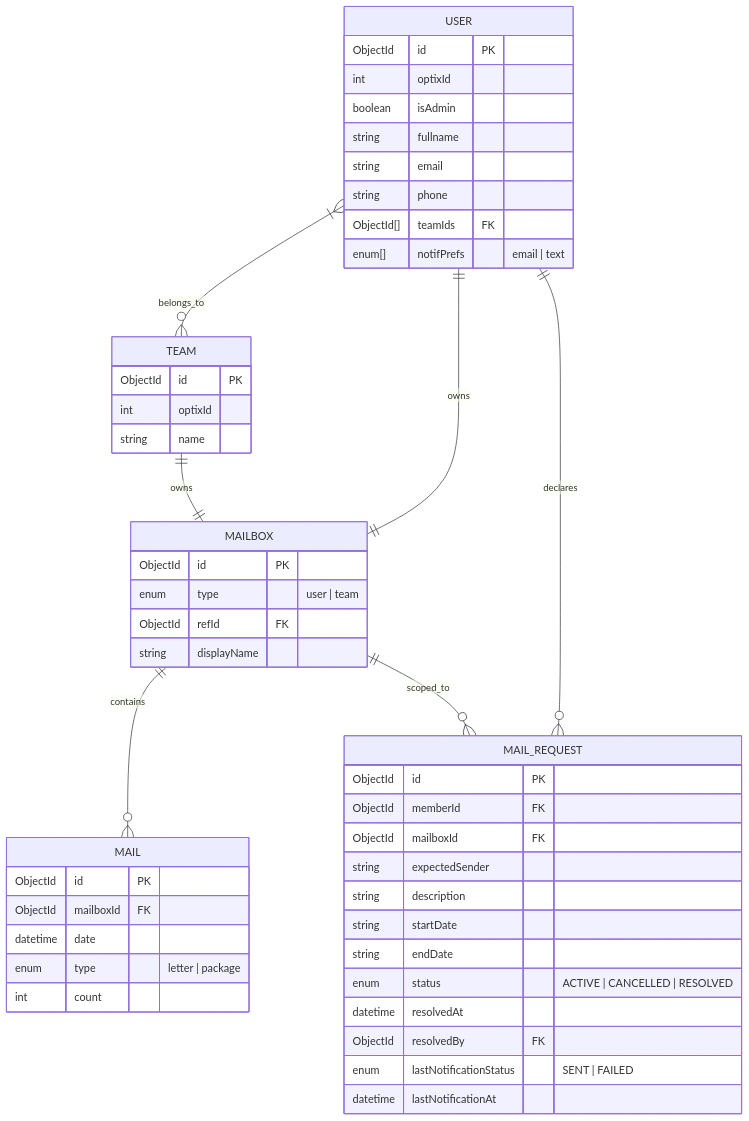
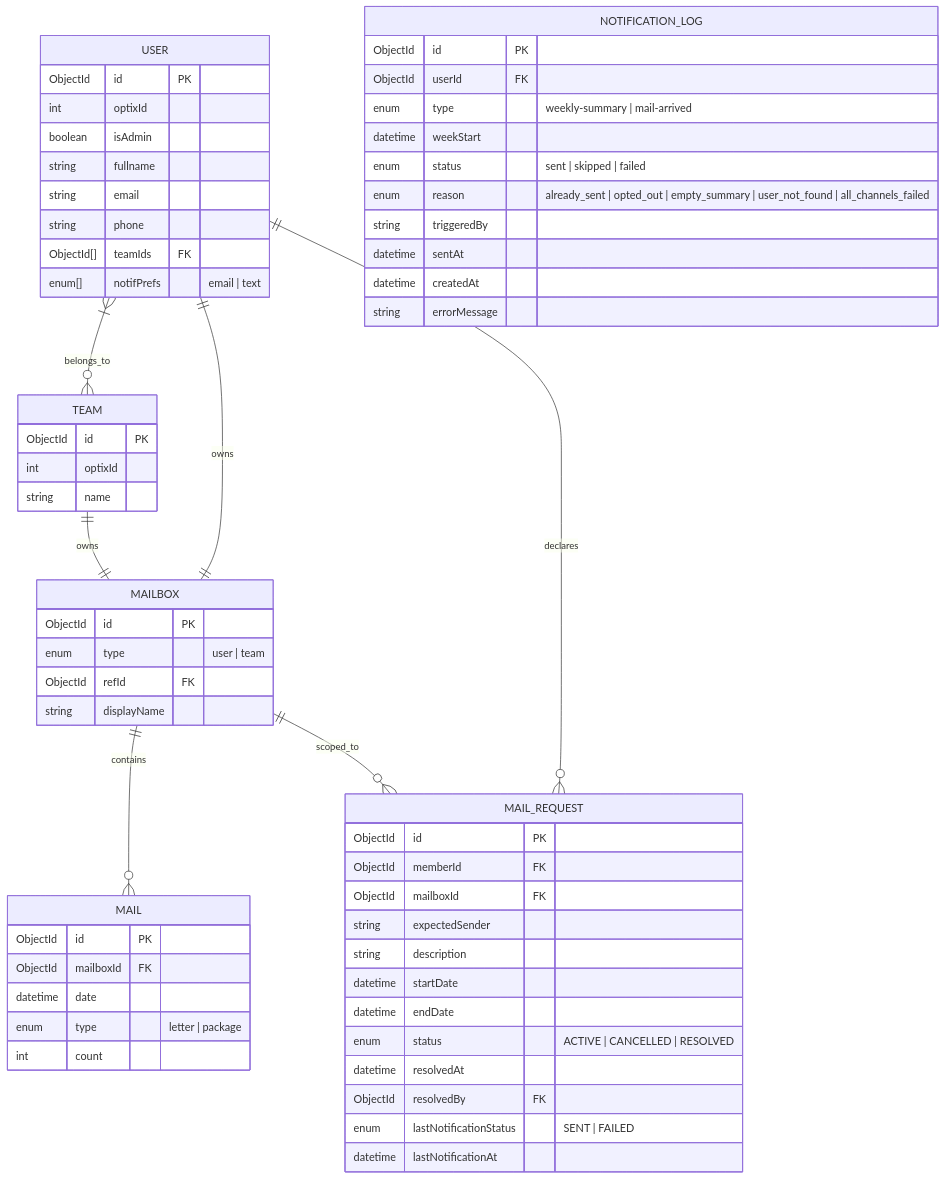
The diagram in docs/01-architecture/diagrams/data-model.mmd (CMU-413/avenu), drawn with Mermaid before and after one commit. The commit also changed 9 other files, not shown here.

Commit message:
docs: update docs + diagrams to latest design

```diff
--- a/docs/01-architecture/diagrams/data-model.mmd
+++ b/docs/01-architecture/diagrams/data-model.mmd
@@ -1,58 +1,71 @@
 erDiagram
 
     USER {
         ObjectId id PK
         int optixId
         boolean isAdmin
         string fullname
         string email
         string phone
         ObjectId[] teamIds FK
         enum[] notifPrefs "email | text"
     }
 
     TEAM {
         ObjectId id PK
         int optixId
         string name
     }
 
     MAILBOX {
         ObjectId id PK
         enum type "user | team"
         ObjectId refId FK
         string displayName
     }
 
     MAIL {
         ObjectId id PK
         ObjectId mailboxId FK
         datetime date
         enum type "letter | package"
         int count
     }
 
     MAIL_REQUEST {
         ObjectId id PK
         ObjectId memberId FK
         ObjectId mailboxId FK
         string expectedSender
         string description
-        string startDate
-        string endDate
+        datetime startDate
+        datetime endDate
         enum status "ACTIVE | CANCELLED | RESOLVED"
         datetime resolvedAt
         ObjectId resolvedBy FK
         enum lastNotificationStatus "SENT | FAILED"
         datetime lastNotificationAt
+    }
+
+    NOTIFICATION_LOG {
+        ObjectId id PK
+        ObjectId userId FK
+        enum type "weekly-summary | mail-arrived"
+        datetime weekStart
+        enum status "sent | skipped | failed"
+        enum reason "already_sent | opted_out | empty_summary | user_not_found | all_channels_failed"
+        string triggeredBy
+        datetime sentAt
+        datetime createdAt
+        string errorMessage
     }
 
     %% Relationships
     USER }|--o{ TEAM : belongs_to
 
     USER ||--|| MAILBOX : owns
     TEAM ||--|| MAILBOX : owns
 
     MAILBOX ||--o{ MAIL : contains
     USER ||--o{ MAIL_REQUEST : declares
     MAILBOX ||--o{ MAIL_REQUEST : scoped_to
```
